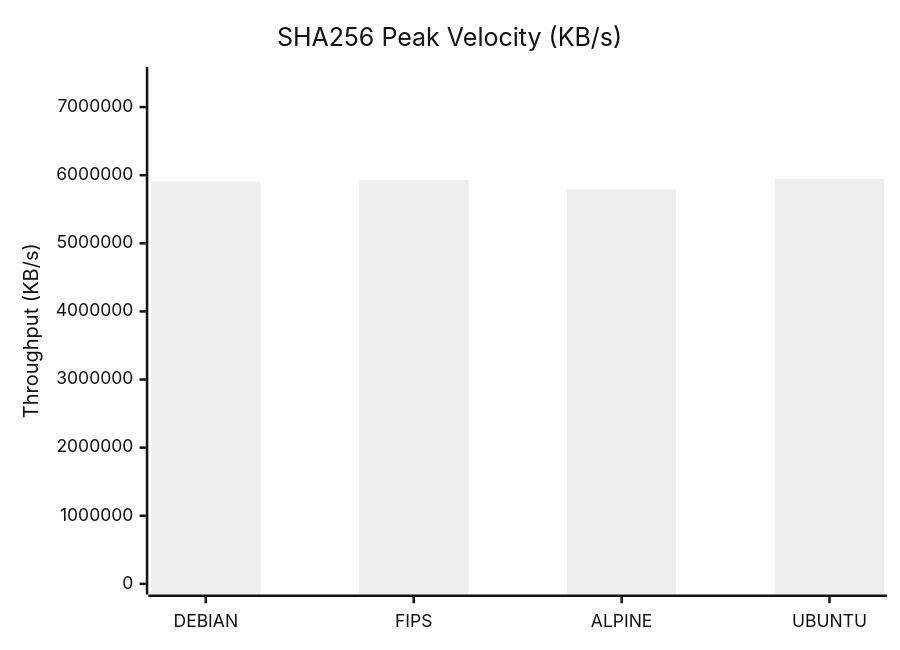
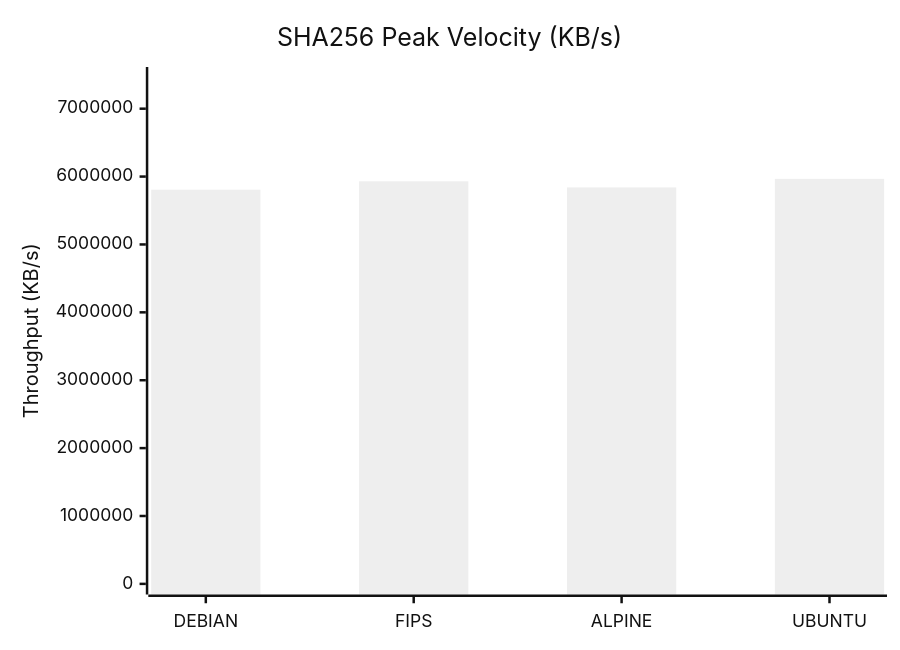
Before and after one commit to taha2samy/openssl_fips: the second of 9 diagrams in docs/Comparison_Report.md, drawn with Mermaid (neutral theme). The commit also changed other lines of this file and 2 other files, not shown here.

````diff
--- a/docs/Comparison_Report.md
+++ b/docs/Comparison_Report.md
@@ -65,7 +65,7 @@
 ```mermaid
 xychart-beta
     title "SHA256 Peak Velocity (KB/s)"
     x-axis [DEBIAN, FIPS, ALPINE, UBUNTU]
-    y-axis "Throughput (KB/s)" 0 --> 7432448
-    bar [5904850.94, 5929312.26, 5792120.83, 5945958.4]
+    y-axis "Throughput (KB/s)" 0 --> 7457566
+    bar [5806669.82, 5930008.58, 5839822.85, 5966053.38]
 ```
````
